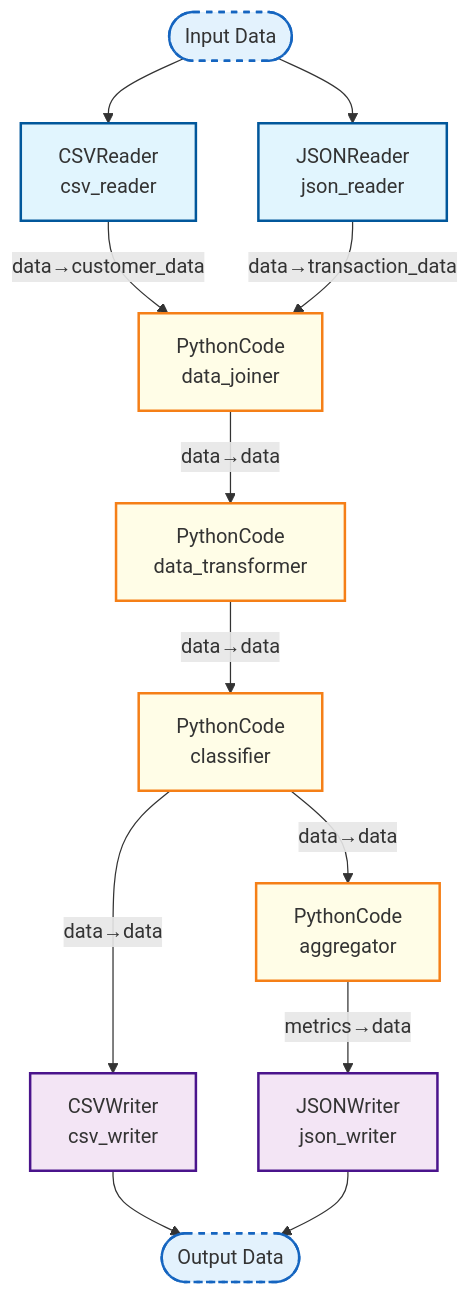
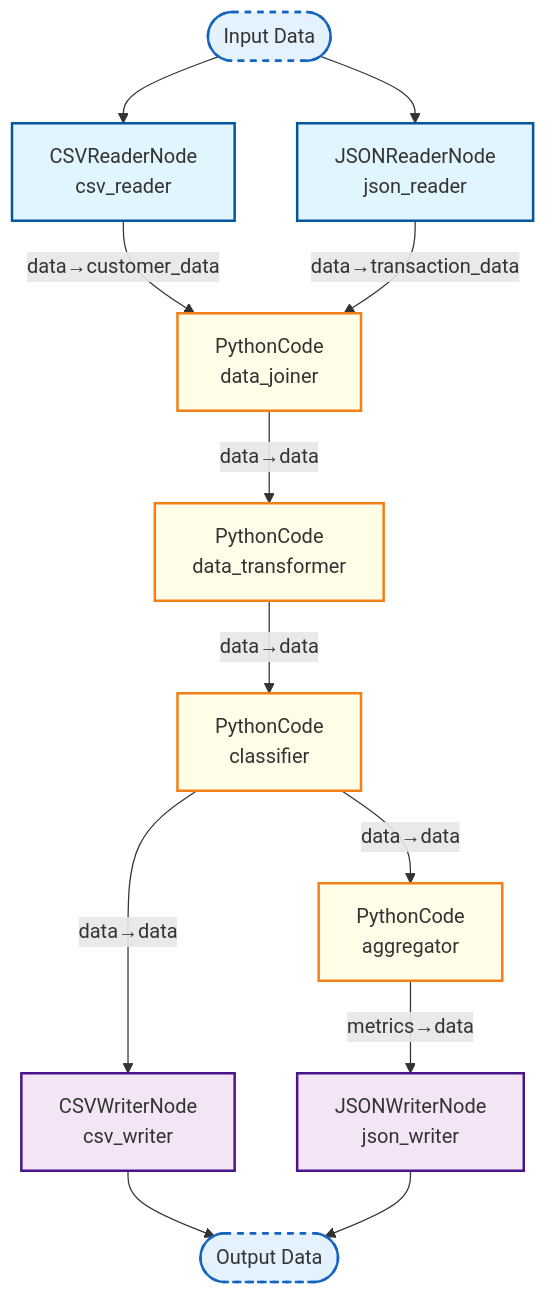
One commit to terrene-foundation/kailash-py changed the diagram in examples/data/basic_workflow.md. Above: the diagram before and after it, drawn with Mermaid. The commit also changed other lines of this file and 190 other files, not shown here.

````diff
--- a/examples/data/basic_workflow.md
+++ b/examples/data/basic_workflow.md
@@ -3,48 +3,48 @@
 ```mermaid
 flowchart TB
 
     %% Input Data
     input_data([Input Data])
 
     %% Data Input nodes
-    csv_reader["CSVReader<br/>csv_reader"]
-    json_reader["JSONReader<br/>json_reader"]
+    csv_reader["CSVReaderNode<br/>csv_reader"]
+    json_reader["JSONReaderNode<br/>json_reader"]
 
     %% Processing nodes
     data_joiner["PythonCode<br/>data_joiner"]
     data_transformer["PythonCode<br/>data_transformer"]
     classifier["PythonCode<br/>classifier"]
     aggregator["PythonCode<br/>aggregator"]
 
     %% Data Output nodes
-    csv_writer["CSVWriter<br/>csv_writer"]
-    json_writer["JSONWriter<br/>json_writer"]
+    csv_writer["CSVWriterNode<br/>csv_writer"]
+    json_writer["JSONWriterNode<br/>json_writer"]
 
     %% Output Data
     output_data([Output Data])
 
     %% Flow
     input_data --> csv_reader
     input_data --> json_reader
     csv_reader -->|data→customer_data| data_joiner
     json_reader -->|data→transaction_data| data_joiner
     data_joiner -->|data→data| data_transformer
     data_transformer -->|data→data| classifier
     classifier -->|data→data| aggregator
     classifier -->|data→data| csv_writer
     aggregator -->|metrics→data| json_writer
     csv_writer --> output_data
     json_writer --> output_data
 
     %% Styling
     style input_data fill:#e3f2fd,stroke:#1565c0,stroke-width:2px,stroke-dasharray: 5 5
     style output_data fill:#e3f2fd,stroke:#1565c0,stroke-width:2px,stroke-dasharray: 5 5
     style csv_reader fill:#e1f5fe,stroke:#01579b,stroke-width:2px
     style json_reader fill:#e1f5fe,stroke:#01579b,stroke-width:2px
     style data_joiner fill:#fffde7,stroke:#f57f17,stroke-width:2px
     style data_transformer fill:#fffde7,stroke:#f57f17,stroke-width:2px
     style classifier fill:#fffde7,stroke:#f57f17,stroke-width:2px
     style aggregator fill:#fffde7,stroke:#f57f17,stroke-width:2px
     style csv_writer fill:#f3e5f5,stroke:#4a148c,stroke-width:2px
     style json_writer fill:#f3e5f5,stroke:#4a148c,stroke-width:2px
 ```
````
